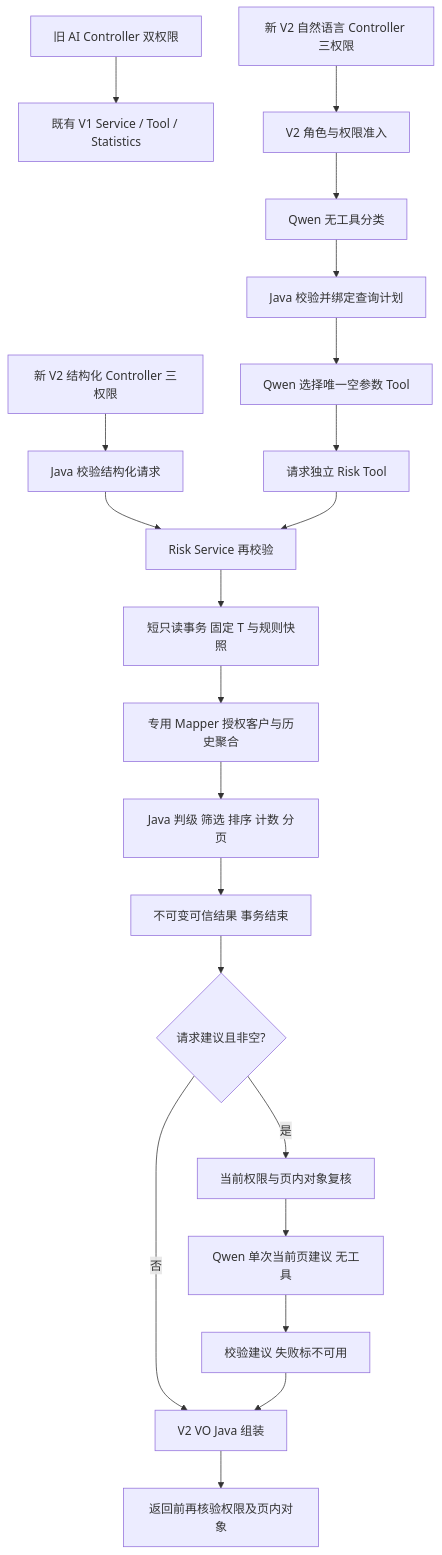
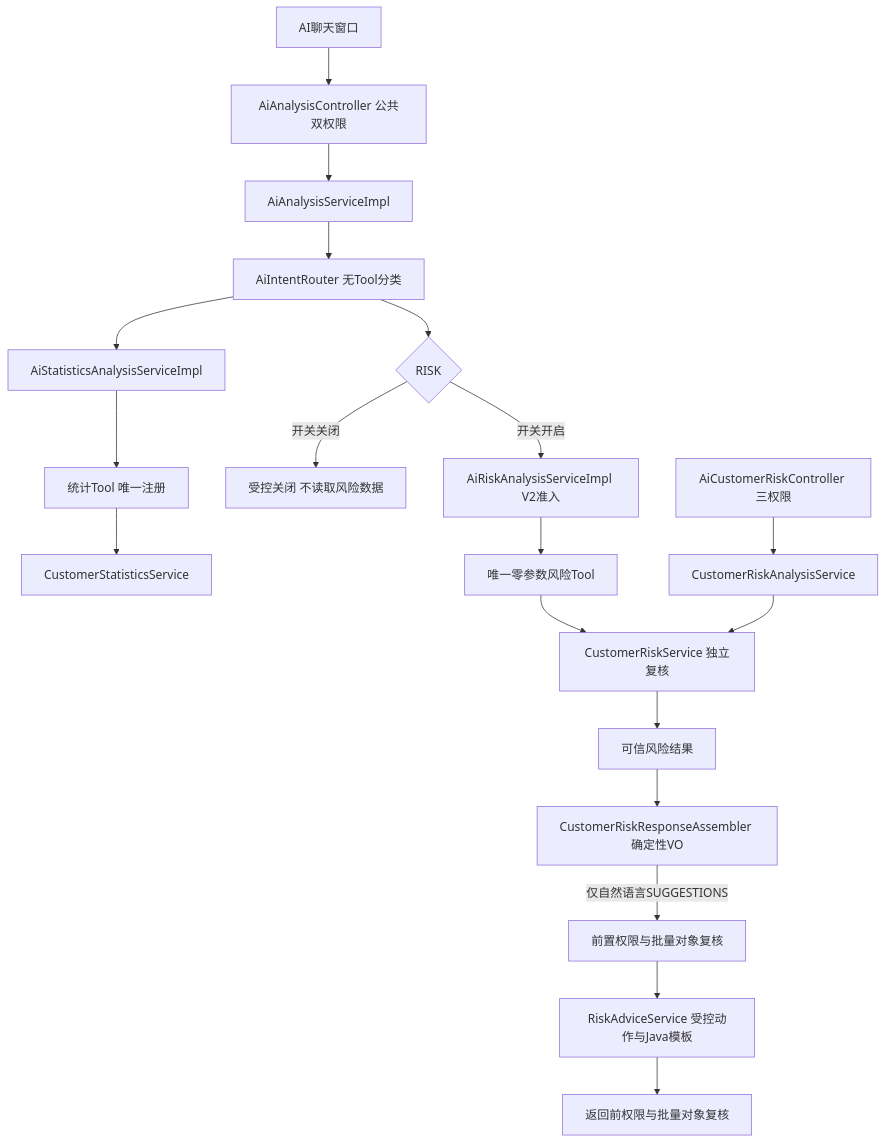
Before and after one commit to wanglu12890/crm-system: the diagram in docs/ai-agent/AI_AGENT_V2_ARCHITECTURE_DESIGN.md, drawn with Mermaid. The commit also changed other lines of this file and 3 other files, not shown here.

Commit message:
docs(ai): archive V2 B1-B3 reports and update architecture

````diff
--- a/docs/ai-agent/AI_AGENT_V2_ARCHITECTURE_DESIGN.md
+++ b/docs/ai-agent/AI_AGENT_V2_ARCHITECTURE_DESIGN.md
@@ -37,23 +37,21 @@
 ```mermaid
 flowchart TD
-  V1[旧 AI Controller 双权限] --> OLD[既有 V1 Service / Tool / Statistics]
-  NL[新 V2 自然语言 Controller 三权限] --> GATE[V2 角色与权限准入]
-  GATE --> CLASS[Qwen 无工具分类]
-  CLASS --> PLAN[Java 校验并绑定查询计划]
-  PLAN --> SELECT[Qwen 选择唯一空参数 Tool]
-  SELECT --> TOOL[请求独立 Risk Tool]
-  UI[新 V2 结构化 Controller 三权限] --> DIRECT[Java 校验结构化请求]
-  DIRECT --> SERVICE[Risk Service 再校验]
-  TOOL --> SERVICE
-  SERVICE --> TX[短只读事务 固定 T 与规则快照]
-  TX --> MAP[专用 Mapper 授权客户与历史聚合]
-  MAP --> JAVA[Java 判级 筛选 排序 计数 分页]
-  JAVA --> RESULT[不可变可信结果 事务结束]
-  RESULT --> CHOICE{请求建议且非空?}
-  CHOICE -->|否| VO[V2 VO Java 组装]
-  CHOICE -->|是| CHECK[当前权限与页内对象复核]
-  CHECK --> ADVICE[Qwen 单次当前页建议 无工具]
-  ADVICE --> VALID[校验建议 失败标不可用]
-  VALID --> VO
-  VO --> FINAL[返回前再核验权限及页内对象]
+  CHAT[AI聊天窗口] --> ENTRY[AiAnalysisController 公共双权限]
+  ENTRY --> APP[AiAnalysisServiceImpl]
+  APP --> ROUTER[AiIntentRouter 无Tool分类]
+  ROUTER --> STATS[AiStatisticsAnalysisServiceImpl]
+  STATS --> ST[统计Tool 唯一注册]
+  ST --> SS[CustomerStatisticsService]
+  ROUTER --> GATE{RISK}
+  GATE -->|开关关闭| CLOSED[受控关闭 不读取风险数据]
+  GATE -->|开关开启| RISK[AiRiskAnalysisServiceImpl V2准入]
+  RISK --> RT[唯一零参数风险Tool]
+  RT --> CORE[CustomerRiskService 独立复核]
+  STRUCT[AiCustomerRiskController 三权限] --> SA[CustomerRiskAnalysisService]
+  SA --> CORE
+  CORE --> RESULT[可信风险结果]
+  RESULT --> ASSEMBLER[CustomerRiskResponseAssembler 确定性VO]
+  ASSEMBLER -->|仅自然语言SUGGESTIONS| PRE[前置权限与批量对象复核]
+  PRE --> ADVICE[RiskAdviceService 受控动作与Java模板]
+  ADVICE --> POST[返回前权限与批量对象复核]
 ```
````
